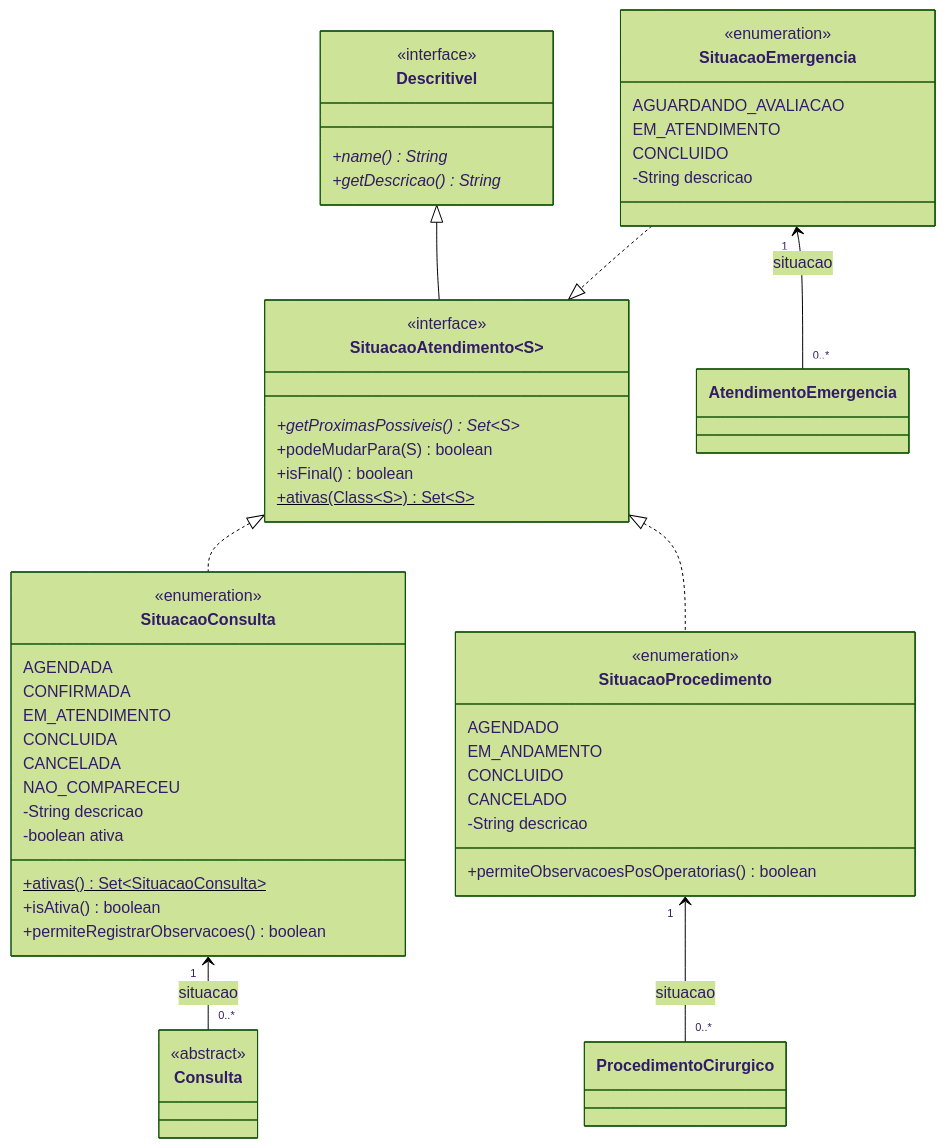
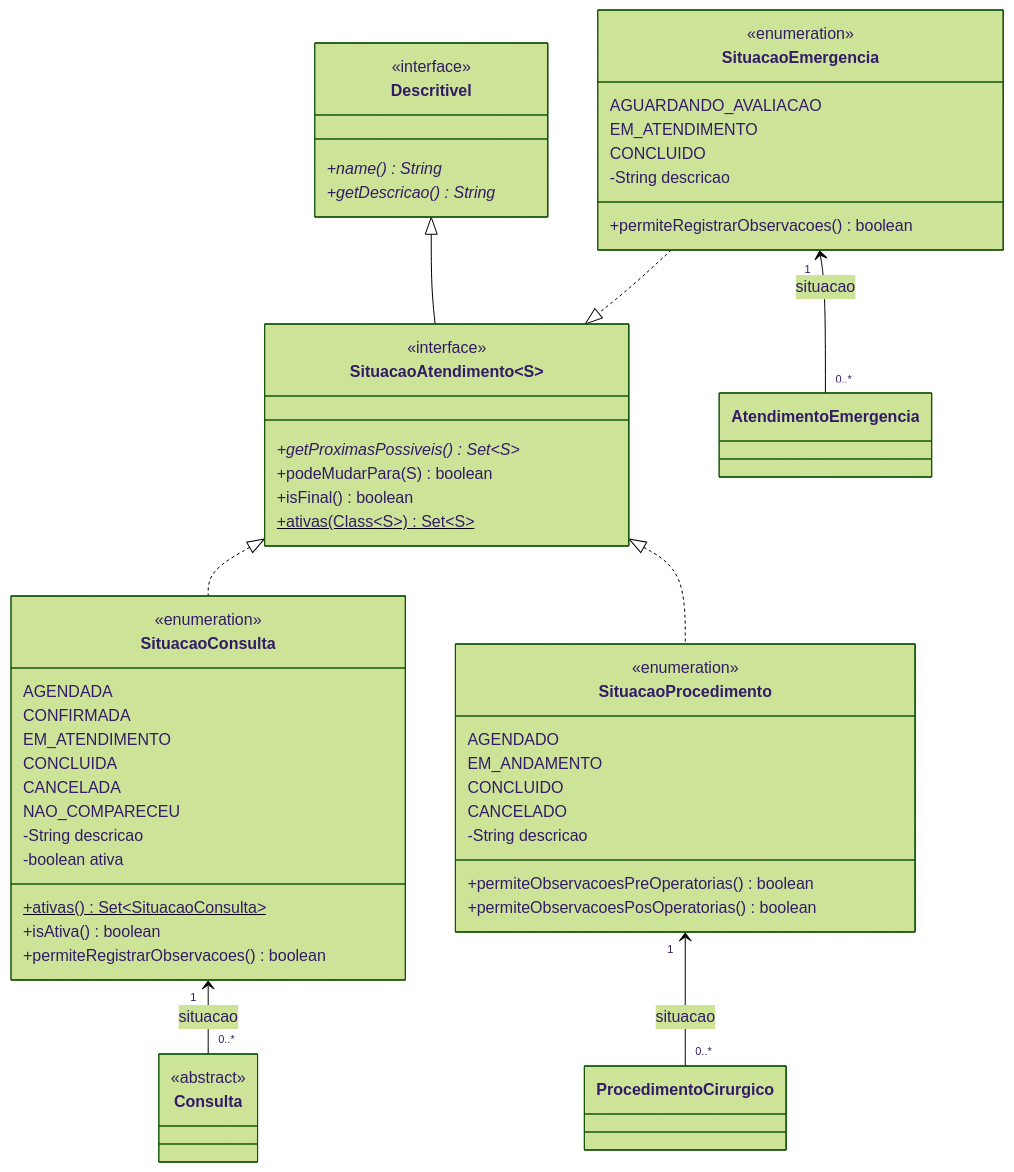
Before and after one commit to pedrolsrt/sistema-hospitalar: the seventh of 10 diagrams in docs/diagrama-de-classes.md, drawn with Mermaid (forest theme). The commit also changed other lines of this file and 33 other files, not shown here.

````diff
--- a/docs/diagrama-de-classes.md
+++ b/docs/diagrama-de-classes.md
@@ -482,63 +484,65 @@
 ```mermaid
 classDiagram
     direction TB
 
     class Consulta { <<abstract>> }
     class AtendimentoEmergencia
     class ProcedimentoCirurgico
 
     class Descritivel {
         <<interface>>
         +name()* String
         +getDescricao()* String
     }
 
     class SituacaoAtendimento~S~ {
         <<interface>>
         +getProximasPossiveis()* Set~S~
         +podeMudarPara(S) boolean
         +isFinal() boolean
         +ativas(Class~S~)$ Set~S~
     }
 
     class SituacaoConsulta {
         <<enumeration>>
         AGENDADA
         CONFIRMADA
         EM_ATENDIMENTO
         CONCLUIDA
         CANCELADA
         NAO_COMPARECEU
         -String descricao
         -boolean ativa
         +ativas()$ Set~SituacaoConsulta~
         +isAtiva() boolean
         +permiteRegistrarObservacoes() boolean
     }
 
     class SituacaoEmergencia {
         <<enumeration>>
         AGUARDANDO_AVALIACAO
         EM_ATENDIMENTO
         CONCLUIDO
         -String descricao
+        +permiteRegistrarObservacoes() boolean
     }
 
     class SituacaoProcedimento {
         <<enumeration>>
         AGENDADO
         EM_ANDAMENTO
         CONCLUIDO
         CANCELADO
         -String descricao
+        +permiteObservacoesPreOperatorias() boolean
         +permiteObservacoesPosOperatorias() boolean
     }
 
     Descritivel <|-- SituacaoAtendimento
     SituacaoEmergencia ..|> SituacaoAtendimento
     SituacaoAtendimento <|.. SituacaoConsulta
     SituacaoAtendimento <|.. SituacaoProcedimento
     SituacaoEmergencia "1" <-- "0..*" AtendimentoEmergencia : situacao
     SituacaoConsulta "1" <-- "0..*" Consulta : situacao
     SituacaoProcedimento "1" <-- "0..*" ProcedimentoCirurgico : situacao
 ```
````
